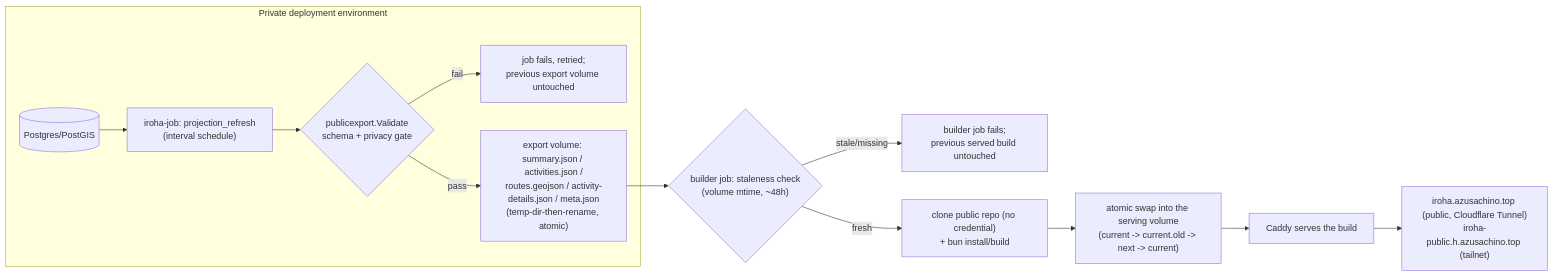
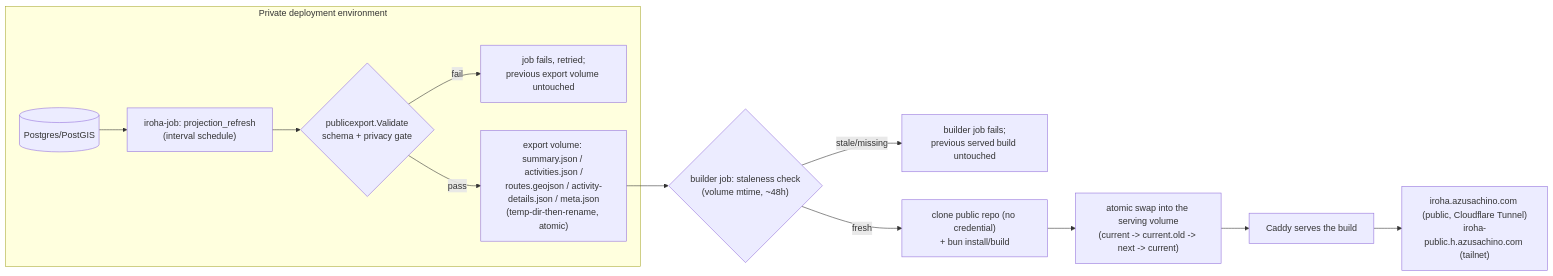
One commit to azusachino/iroha changed the diagram in docs/public-site-publishing.md. Above: the diagram before and after it, drawn with Mermaid. The commit also changed other lines of this file and 5 other files, not shown here.

Commit message:
chore: retarget domain migration to azusachino.com

````diff
--- a/docs/public-site-publishing.md
+++ b/docs/public-site-publishing.md
@@ -12,15 +12,15 @@
 ```mermaid
 flowchart LR
     subgraph priv["Private deployment environment"]
         DB[(Postgres/PostGIS)] --> JOB["iroha-job: projection_refresh<br/>(interval schedule)"]
         JOB --> GATE{"publicexport.Validate<br/>schema + privacy gate"}
         GATE -- fail --> ABORT["job fails, retried;<br/>previous export volume untouched"]
         GATE -- pass --> VOL["export volume: summary.json / activities.json /<br/>routes.geojson / activity-details.json / meta.json<br/>(temp-dir-then-rename, atomic)"]
     end
     VOL --> STALE{"builder job: staleness check<br/>(volume mtime, ~48h)"}
     STALE -- stale/missing --> FAIL["builder job fails;<br/>previous served build untouched"]
     STALE -- fresh --> CLONE["clone public repo (no credential)<br/>+ bun install/build"]
     CLONE --> SWAP["atomic swap into the serving volume<br/>(current -> current.old -> next -> current)"]
     SWAP --> CADDY["Caddy serves the build"]
-    CADDY --> LIVE["iroha.azusachino.top (public, Cloudflare Tunnel)<br/>iroha-public.h.azusachino.top (tailnet)"]
+    CADDY --> LIVE["iroha.azusachino.com (public, Cloudflare Tunnel)<br/>iroha-public.h.azusachino.com (tailnet)"]
 ```
````
